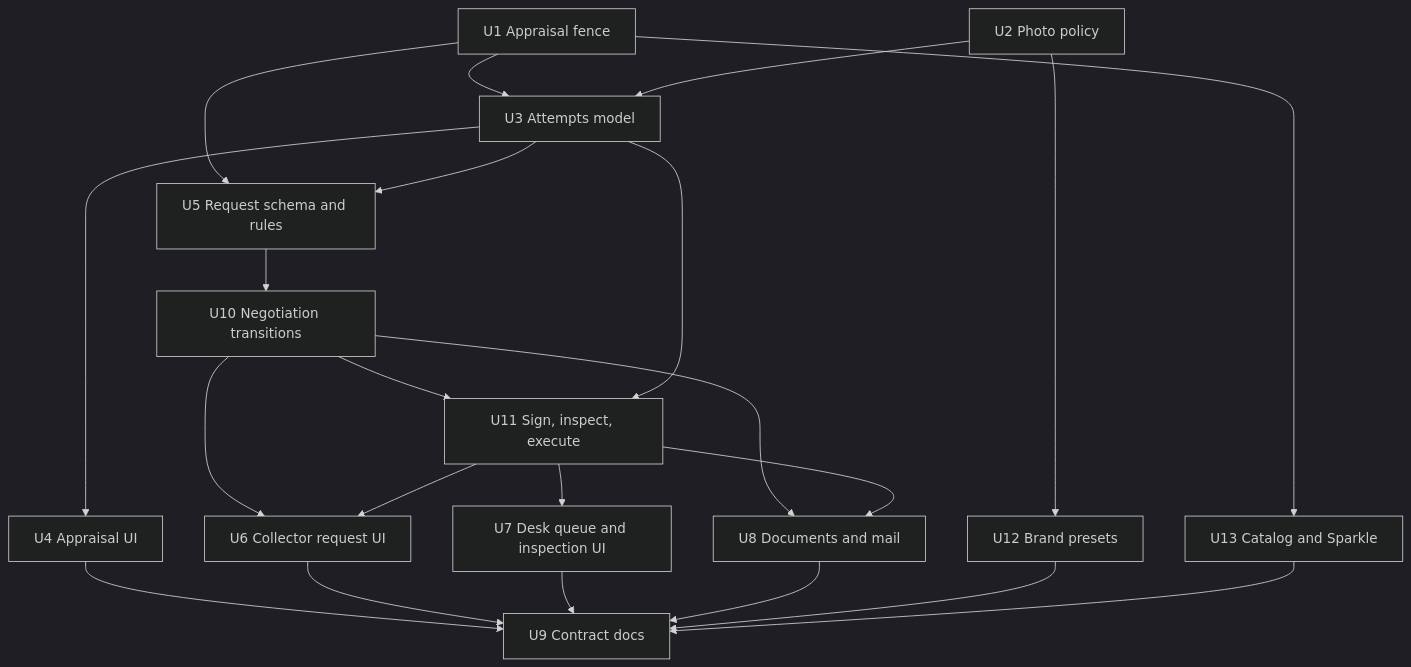
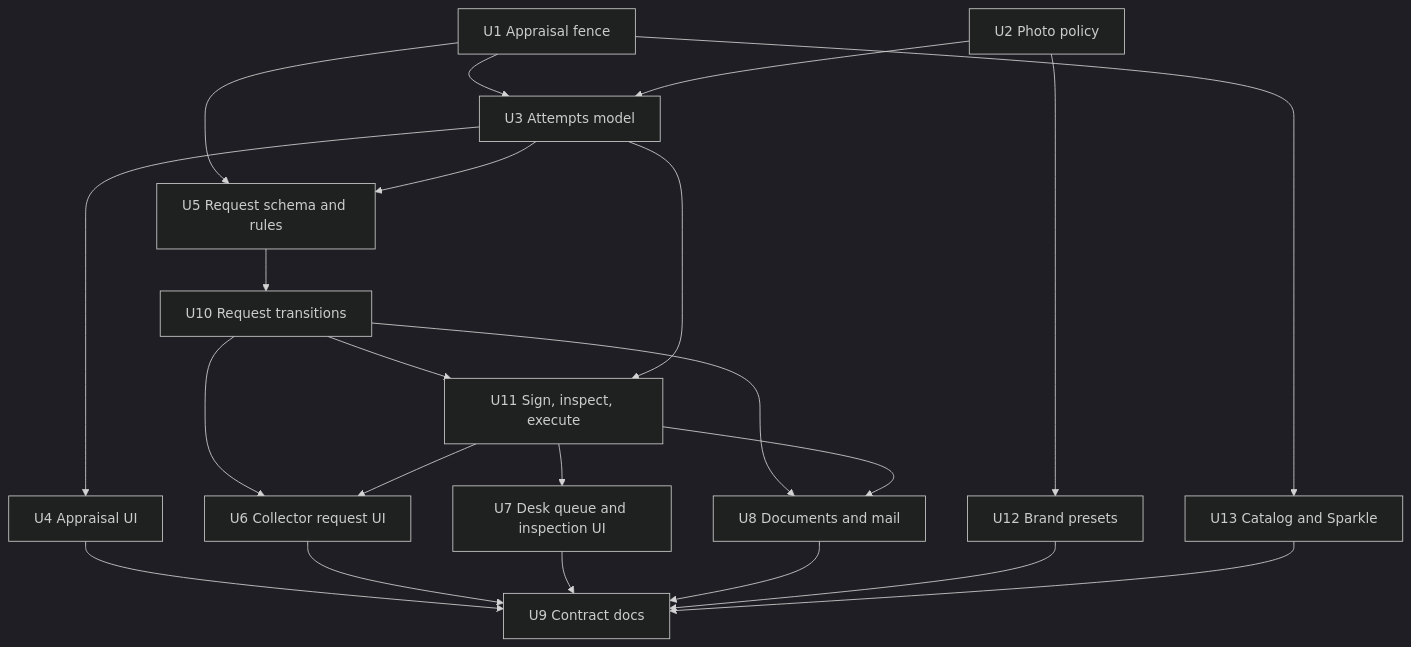
One commit to KIT-Capital/mac-app changed the fourth of 4 diagrams in docs/plans/2026-09-19-001-feat-appraisal-and-repo-request-flow-plan.md. Above: the diagram before and after it, drawn with Mermaid (dark theme). The commit also changed other lines of this file and 36 other files, not shown here.

````diff
--- a/docs/plans/2026-09-19-001-feat-appraisal-and-repo-request-flow-plan.md
+++ b/docs/plans/2026-09-19-001-feat-appraisal-and-repo-request-flow-plan.md
@@ -264,24 +276,24 @@
 ```mermaid
 flowchart TB
   U1[U1 Appraisal fence] --> U3[U3 Attempts model]
   U2[U2 Photo policy] --> U3
   U3 --> U4[U4 Appraisal UI]
   U1 --> U5[U5 Request schema and rules]
   U3 --> U5
-  U5 --> U10[U10 Negotiation transitions]
+  U5 --> U10[U10 Request transitions]
   U10 --> U11[U11 Sign, inspect, execute]
   U3 --> U11
   U10 --> U6[U6 Collector request UI]
   U11 --> U6
   U11 --> U7[U7 Desk queue and inspection UI]
   U10 --> U8[U8 Documents and mail]
   U11 --> U8
   U4 --> U9[U9 Contract docs]
   U6 --> U9
   U7 --> U9
   U8 --> U9
   U2 --> U12[U12 Brand presets]
   U12 --> U9
   U1 --> U13[U13 Catalog and Sparkle]
   U13 --> U9
 ```
````
